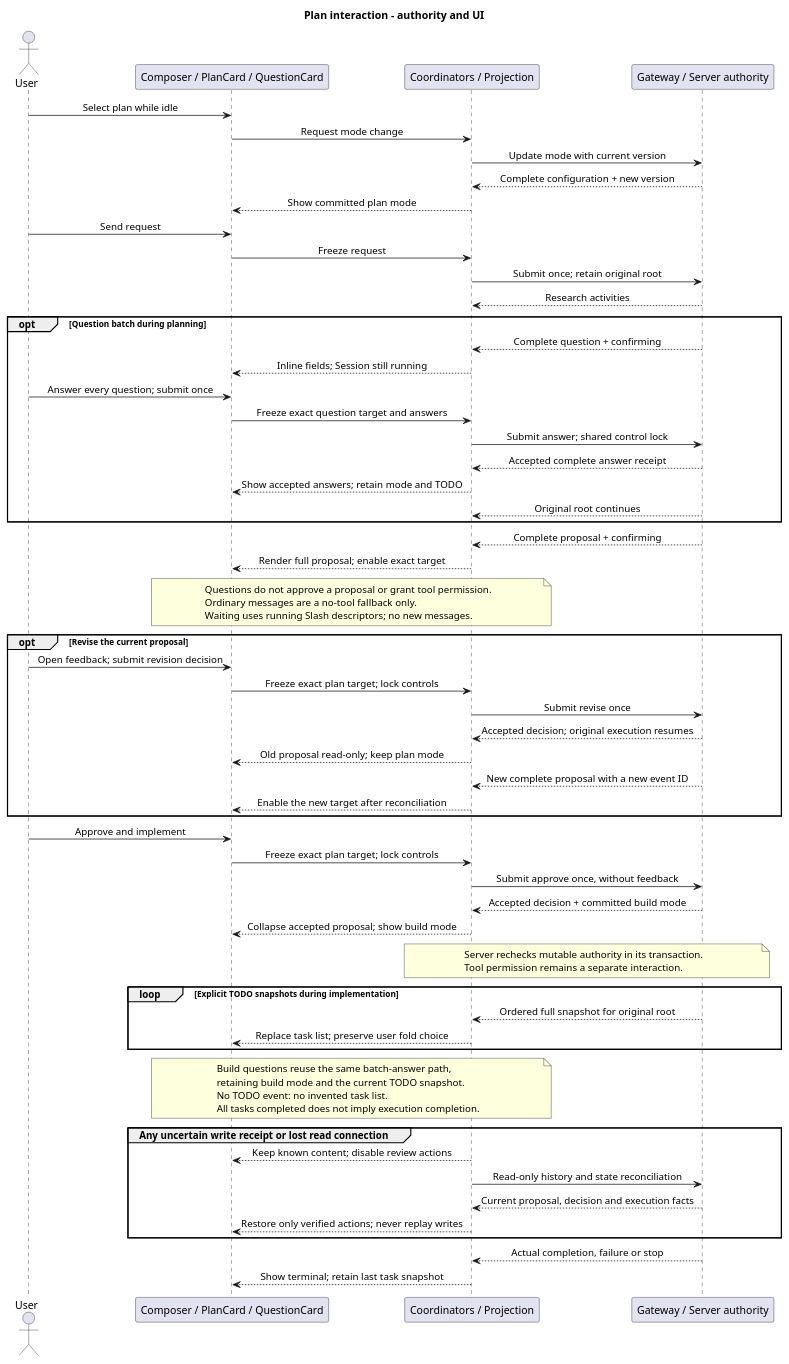
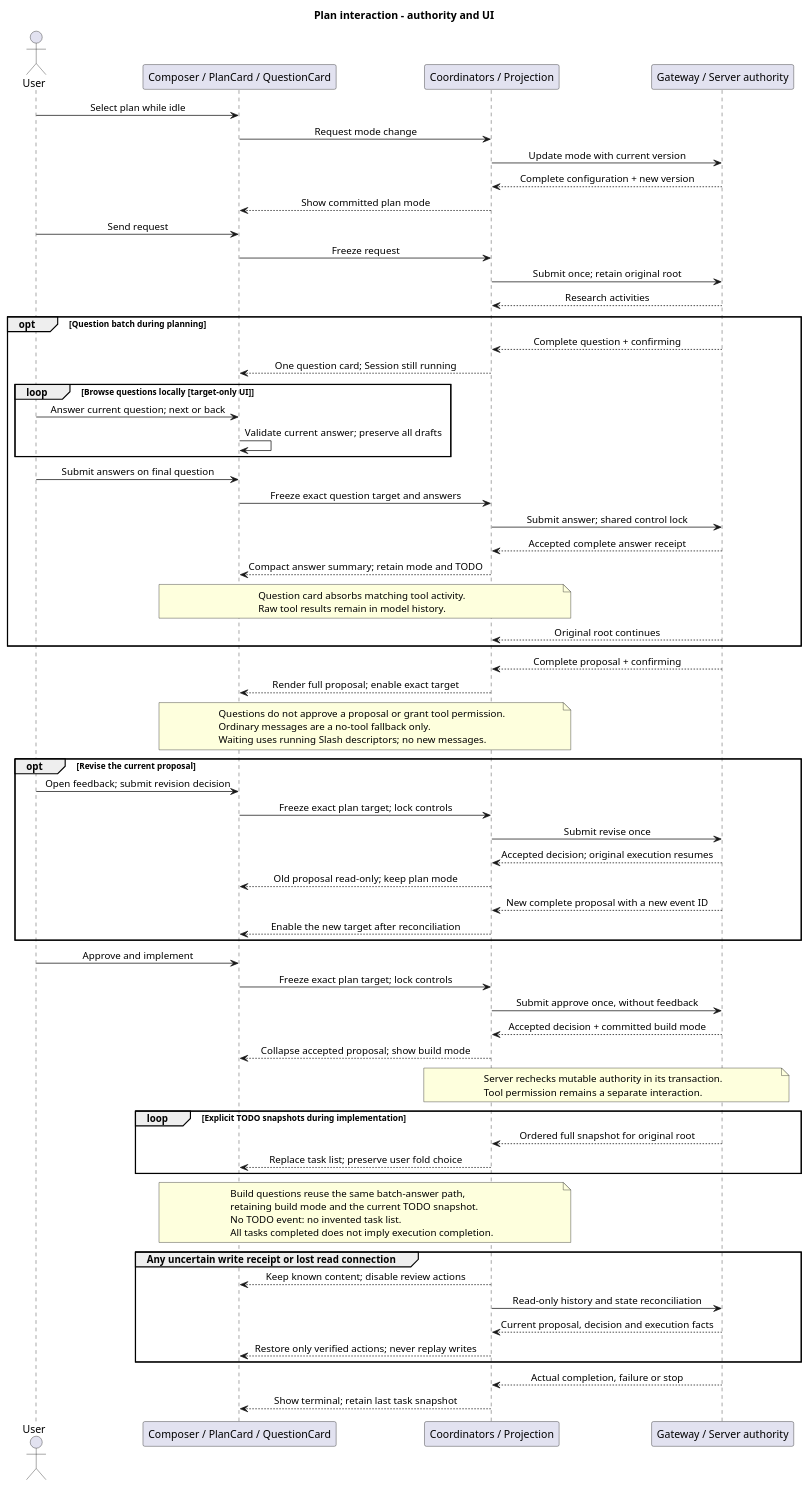
Before and after one commit to ssm0808/pi-mono-java-design: the eighth of 8 diagrams in 01-总体架构/04-CampusClaw前端体验/diagram.puml, drawn with PlantUML. The commit also changed other lines of this file and 23 other files, not shown here.

```diff
--- a/01-总体架构/04-CampusClaw前端体验/diagram.puml
+++ b/01-总体架构/04-CampusClaw前端体验/diagram.puml
@@ -485,84 +520,92 @@
 @startuml target_plan_interaction
 ' Source baseline: pi-mono-java 9f785bea3ffff8f6566cd1b2727285af46a2aead.
 ' Source evidence: frontend/src/runtime/eventStore.ts executionState and reconcileEvents.
 ' Source evidence: frontend/src/composables/useRuntimeApi.ts recover, submitStream and consume.
 ' Codex d58d0e5841e0de08e251673db2d5af8cf3a1ad51:
 ' codex-rs/tui/src/chatwidget/plan_implementation.rs selection_view_params;
 ' codex-rs/core/src/tools/handlers/plan.rs PlanHandler::handle_call.
 ' Observed behavior: the internal frontend has plan UI, Slash, progress and structured questions.
 ' Source: frontend/src/components/PlanCard.vue; runtime/eventStore.ts; types/runtime.ts.
 ' Java divergence: approve resumes the original root execution; no clear-context path.
 ' Design reason: proposal, decision receipt, execution progress and terminal are separate facts.
 ' Internal flow is implemented; public transport remains target-only. View states are not HTTP enums.
 title Plan interaction - authority and UI
 skinparam backgroundColor white
 skinparam shadowing false
 skinparam defaultFontName SansSerif
 skinparam sequenceMessageAlign center
 actor User
 participant "Composer / PlanCard / QuestionCard" as UI
 participant "Coordinators / Projection" as State
 participant "Gateway / Server authority" as API
 User -> UI : Select plan while idle
 UI -> State : Request mode change
 State -> API : Update mode with current version
 API --> State : Complete configuration + new version
 State --> UI : Show committed plan mode
 User -> UI : Send request
 UI -> State : Freeze request
 State -> API : Submit once; retain original root
 API --> State : Research activities
 opt Question batch during planning
   API --> State : Complete question + confirming
-  State --> UI : Inline fields; Session still running
-  User -> UI : Answer every question; submit once
+  State --> UI : One question card; Session still running
+  loop Browse questions locally [target-only UI]
+    User -> UI : Answer current question; next or back
+    UI -> UI : Validate current answer; preserve all drafts
+  end
+  User -> UI : Submit answers on final question
   UI -> State : Freeze exact question target and answers
   State -> API : Submit answer; shared control lock
   API --> State : Accepted complete answer receipt
-  State --> UI : Show accepted answers; retain mode and TODO
+  State --> UI : Compact answer summary; retain mode and TODO
+  note over UI, State
+    Question card absorbs matching tool activity.
+    Raw tool results remain in model history.
+  end note
   API --> State : Original root continues
 end
 API --> State : Complete proposal + confirming
 State --> UI : Render full proposal; enable exact target
 note over UI, State
   Questions do not approve a proposal or grant tool permission.
   Ordinary messages are a no-tool fallback only.
   Waiting uses running Slash descriptors; no new messages.
 end note
 opt Revise the current proposal
   User -> UI : Open feedback; submit revision decision
   UI -> State : Freeze exact plan target; lock controls
   State -> API : Submit revise once
   API --> State : Accepted decision; original execution resumes
   State --> UI : Old proposal read-only; keep plan mode
   API --> State : New complete proposal with a new event ID
   State --> UI : Enable the new target after reconciliation
 end
 User -> UI : Approve and implement
 UI -> State : Freeze exact plan target; lock controls
 State -> API : Submit approve once, without feedback
 API --> State : Accepted decision + committed build mode
 State --> UI : Collapse accepted proposal; show build mode
 note over State, API
   Server rechecks mutable authority in its transaction.
   Tool permission remains a separate interaction.
 end note
 loop Explicit TODO snapshots during implementation
   API --> State : Ordered full snapshot for original root
   State --> UI : Replace task list; preserve user fold choice
 end
 note over UI, State
   Build questions reuse the same batch-answer path,
   retaining build mode and the current TODO snapshot.
   No TODO event: no invented task list.
   All tasks completed does not imply execution completion.
 end note
 group Any uncertain write receipt or lost read connection
   State --> UI : Keep known content; disable review actions
   State -> API : Read-only history and state reconciliation
   API --> State : Current proposal, decision and execution facts
   State --> UI : Restore only verified actions; never replay writes
 end
 API --> State : Actual completion, failure or stop
 State --> UI : Show terminal; retain last task snapshot
 @enduml
```
